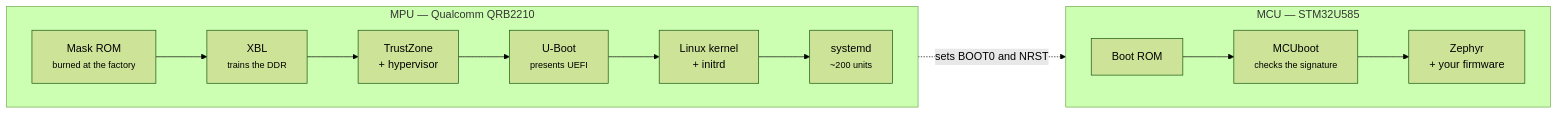
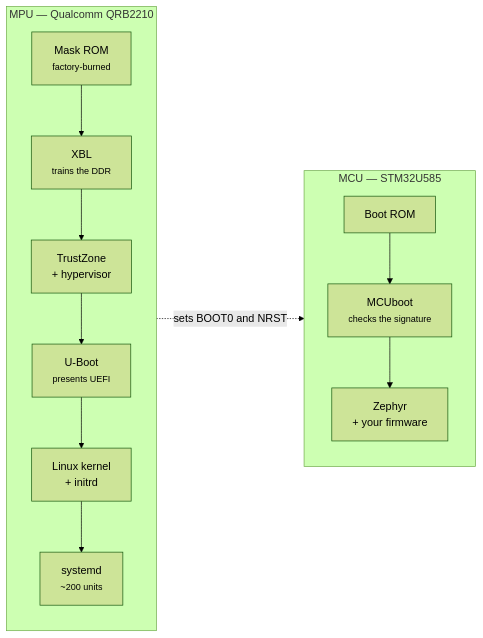
Before and after one commit to jim-wyatt/unoq-cpu-bars: the diagram in docs/learn/from-power-to-prompt.md, drawn with Mermaid (forest theme). The commit also changed 20 other files, not shown here.

````diff
--- a/docs/learn/from-power-to-prompt.md
+++ b/docs/learn/from-power-to-prompt.md
@@ -28,17 +28,17 @@
 ```mermaid
 flowchart LR
   subgraph MPU["MPU — Qualcomm QRB2210"]
-    direction LR
-    A["Mask ROM<br/><small>burned at the factory</small>"] --> B["XBL<br/><small>trains the DDR</small>"]
+    direction TB
+    A["Mask ROM<br/><small>factory-burned</small>"] --> B["XBL<br/><small>trains the DDR</small>"]
     B --> C["TrustZone<br/>+ hypervisor"]
     C --> D["U-Boot<br/><small>presents UEFI</small>"]
     D --> E["Linux kernel<br/>+ initrd"]
     E --> F["systemd<br/><small>~200 units</small>"]
   end
   subgraph MCU["MCU — STM32U585"]
-    direction LR
+    direction TB
     G["Boot ROM"] --> H["MCUboot<br/><small>checks the signature</small>"]
     H --> I["Zephyr<br/>+ your firmware"]
   end
   D -. "sets BOOT0 and NRST" .-> G
 ```
````
